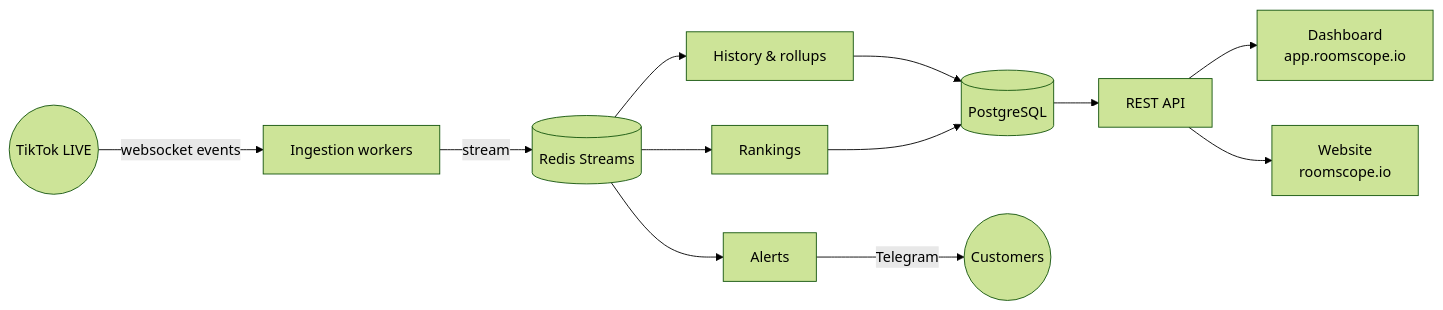
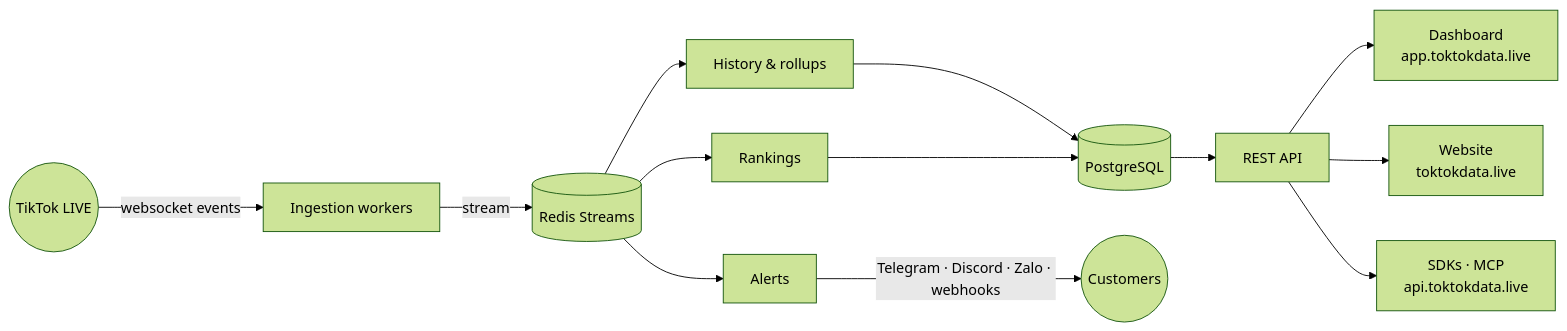
Before and after one commit to MKK-Platform/.github: the diagram in profile/README.md, drawn with Mermaid (forest theme). The commit also changed other lines of this file and 1 other file, not shown here.

First line of the commit message:
docs(profile): toktokdata.live brand, live status, manual release, SDK repo

````diff
--- a/profile/README.md
+++ b/profile/README.md
@@ -68,14 +69,15 @@
 ```mermaid
 flowchart LR
     TT(("TikTok LIVE")) -->|websocket events| ING["Ingestion workers"]
     ING -->|stream| BUS[("Redis Streams")]
     BUS --> HIST["History & rollups"]
     BUS --> RANK["Rankings"]
     BUS --> NOTI["Alerts"]
     HIST --> DB[("PostgreSQL")]
     RANK --> DB
-    NOTI -->|Telegram| USER(("Customers"))
+    NOTI -->|Telegram · Discord · Zalo · webhooks| USER(("Customers"))
     DB --> API["REST API"]
-    API --> APP["Dashboard<br/>app.roomscope.io"]
-    API --> WEB["Website<br/>roomscope.io"]
+    API --> APP["Dashboard<br/>app.toktokdata.live"]
+    API --> WEB["Website<br/>toktokdata.live"]
+    API --> DEV["SDKs · MCP<br/>api.toktokdata.live"]
 ```
````
